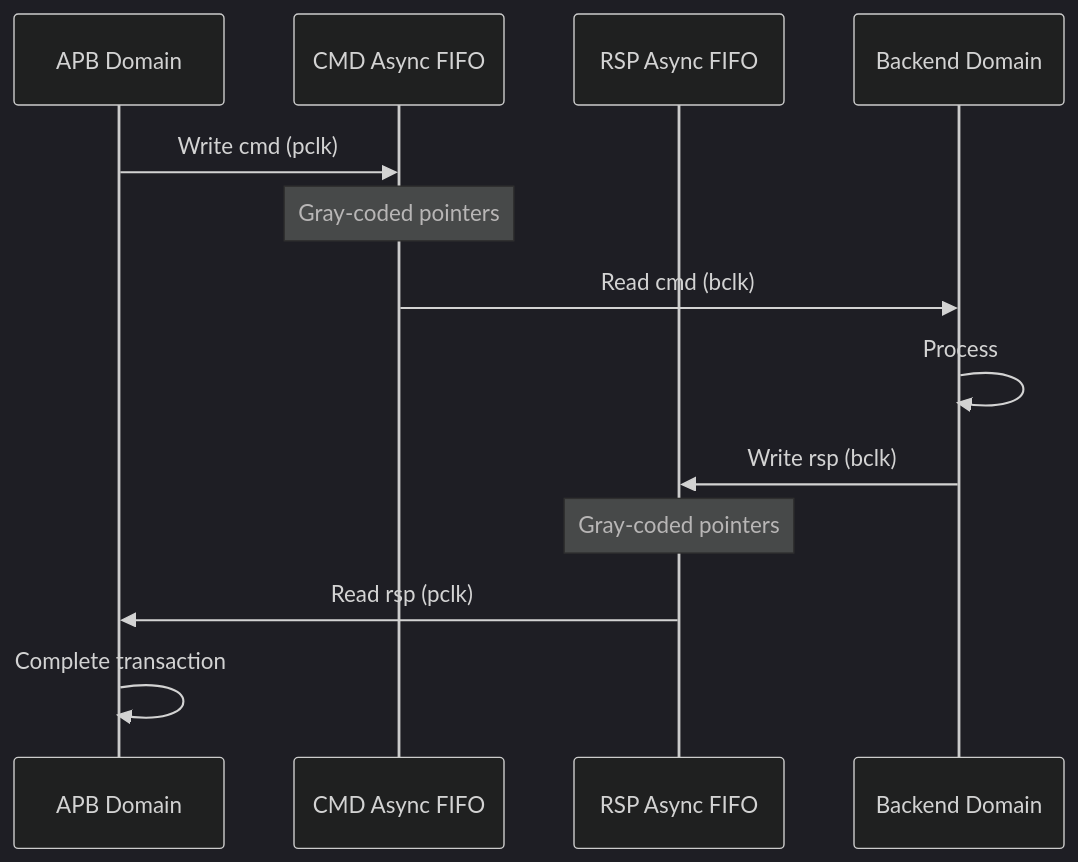
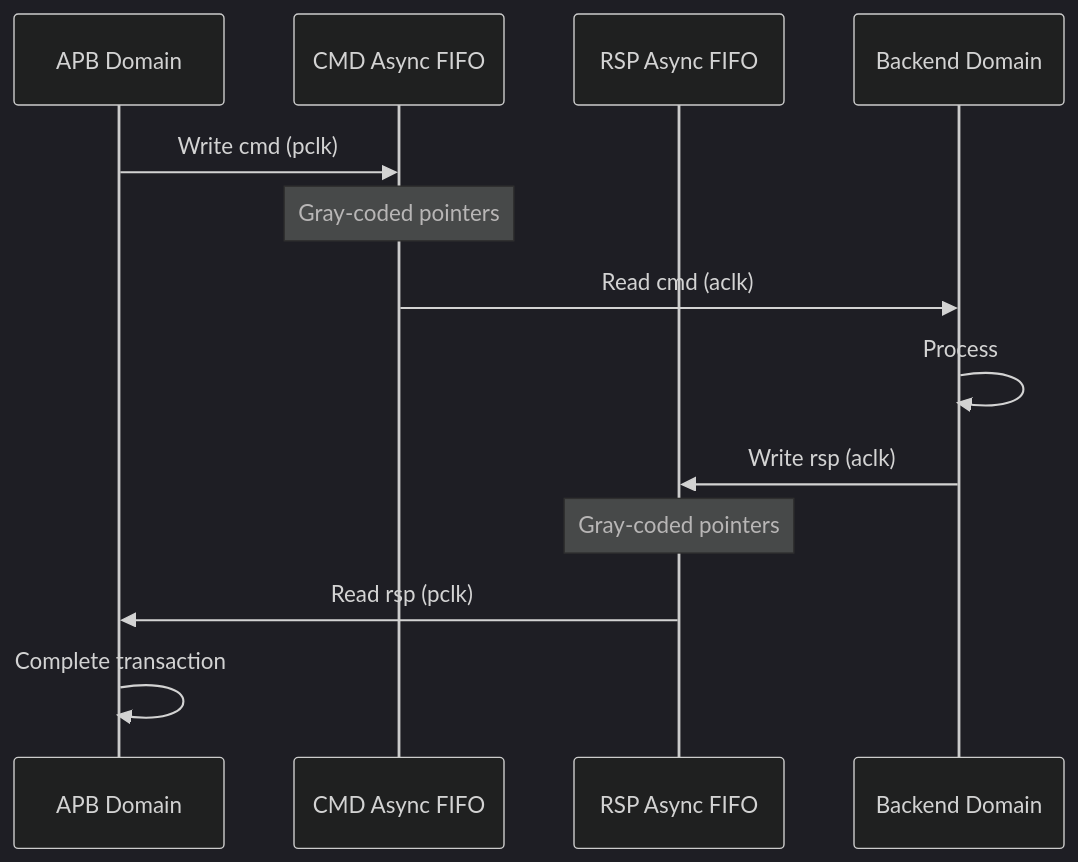
Before and after one commit to sean-galloway/RTLDesignSherpa: the second of 2 diagrams in docs/markdown/RTLAmba/apb5/apb5_slave_cdc.md, drawn with Mermaid (dark theme). The commit also changed other lines of this file and 446 other files, not shown here.

````diff
--- a/docs/markdown/RTLAmba/apb5/apb5_slave_cdc.md
+++ b/docs/markdown/RTLAmba/apb5/apb5_slave_cdc.md
@@ -122,16 +142,16 @@
 ```mermaid
 sequenceDiagram
     participant APB as APB Domain
     participant CMDFIFO as CMD Async FIFO
     participant RSPFIFO as RSP Async FIFO
     participant BE as Backend Domain
 
     APB->>CMDFIFO: Write cmd (pclk)
     Note over CMDFIFO: Gray-coded pointers
-    CMDFIFO->>BE: Read cmd (bclk)
+    CMDFIFO->>BE: Read cmd (aclk)
     BE->>BE: Process
-    BE->>RSPFIFO: Write rsp (bclk)
+    BE->>RSPFIFO: Write rsp (aclk)
     Note over RSPFIFO: Gray-coded pointers
     RSPFIFO->>APB: Read rsp (pclk)
     APB->>APB: Complete transaction
 ```
````
